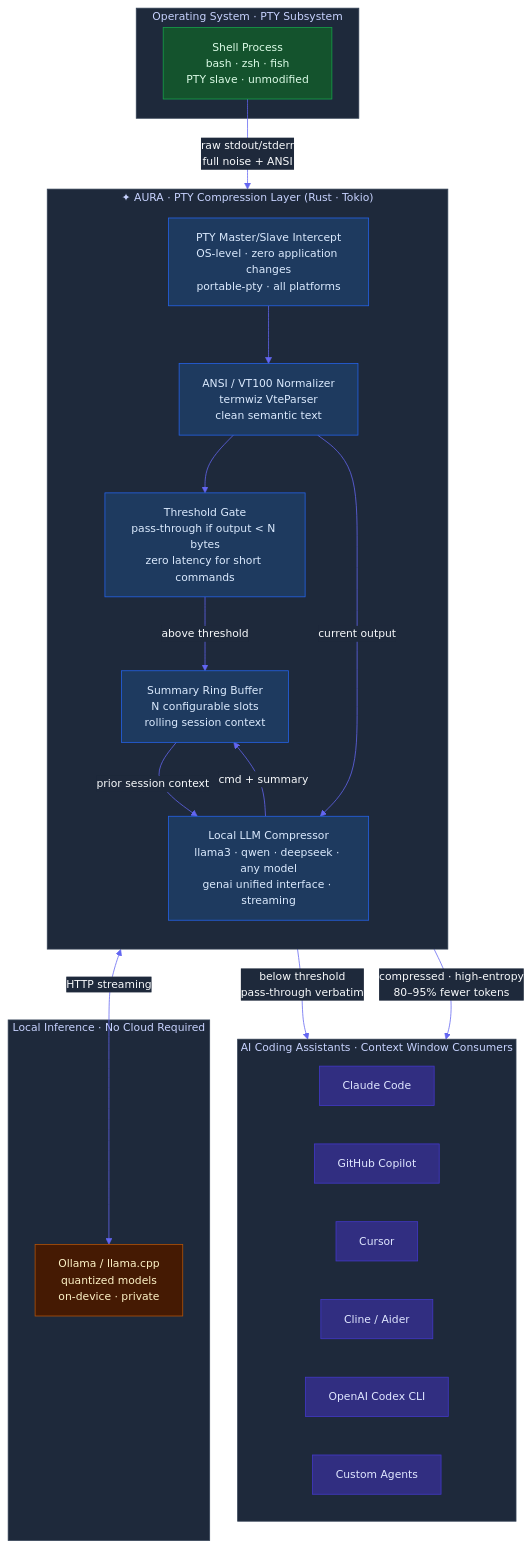
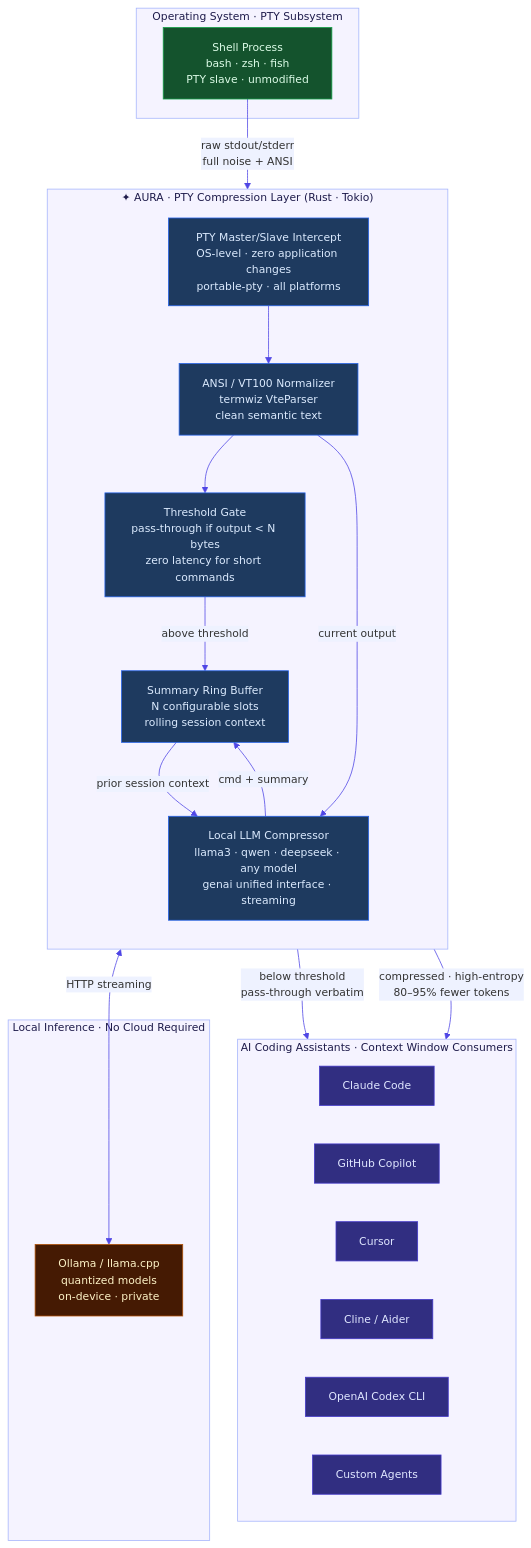
One commit to thimbleberrysystems/aura changed the first of 2 diagrams in README.md. Above: the diagram before and after it, drawn with Mermaid. The commit also changed other lines of this file, not shown here.

Commit message:
docs: lighter diagram theme, remove stale old README content

````diff
--- a/README.md
+++ b/README.md
@@ -43,51 +43,51 @@
 ```mermaid
-%%{init: {'theme': 'base', 'themeVariables': {'primaryColor': '#0F172A', 'primaryTextColor': '#F8FAFC', 'primaryBorderColor': '#334155', 'lineColor': '#6366F1', 'secondaryColor': '#1E293B', 'tertiaryColor': '#0F172A', 'clusterBkg': '#1E293B', 'clusterBorder': '#334155', 'titleColor': '#C7D2FE', 'edgeLabelBackground': '#1E293B', 'fontSize': '14px'}}}%%
+%%{init: {'theme': 'default', 'themeVariables': {'primaryColor': '#EEF2FF', 'primaryTextColor': '#1E1B4B', 'primaryBorderColor': '#6366F1', 'lineColor': '#4F46E5', 'secondaryColor': '#F5F3FF', 'tertiaryColor': '#FAFAFA', 'clusterBkg': '#F5F3FF', 'clusterBorder': '#A5B4FC', 'titleColor': '#1E1B4B', 'edgeLabelBackground': '#EEF2FF', 'fontSize': '14px'}}}%%
 flowchart TB
     subgraph CONSUMERS["AI Coding Assistants  ·  Context Window Consumers"]
         direction LR
         CLAUDE["Claude Code"]
         COPILOT["GitHub Copilot"]
         CURSOR["Cursor"]
         CLINE["Cline / Aider"]
         OPENAI["OpenAI Codex CLI"]
         CUSTOM["Custom Agents"]
     end
 
     subgraph AURA_LAYER["  ✦  AURA  ·  PTY Compression Layer  (Rust · Tokio)  "]
         direction TB
         PTY["PTY Master/Slave Intercept\nOS-level · zero application changes\nportable-pty · all platforms"]
         STRIP["ANSI / VT100 Normalizer\ntermwiz VteParser\nclean semantic text"]
         RING["Summary Ring Buffer\nN configurable slots\nrolling session context"]
         LLM_LOCAL["Local LLM Compressor\nllama3 · qwen · deepseek · any model\ngenai unified interface · streaming"]
         THRESH["Threshold Gate\npass-through if output < N bytes\nzero latency for short commands"]
     end
 
     subgraph OS["Operating System  ·  PTY Subsystem"]
         SHELL["Shell Process\nbash · zsh · fish\nPTY slave · unmodified"]
     end
 
     subgraph INFRA["Local Inference  ·  No Cloud Required"]
         OLLAMA["Ollama / llama.cpp\nquantized models\non-device · private"]
     end
 
     SHELL -->|raw stdout/stderr\nfull noise + ANSI| PTY
     PTY --> STRIP
     STRIP --> THRESH
     THRESH -->|below threshold\npass-through verbatim| CONSUMERS
     THRESH -->|above threshold| RING
     RING -->|prior session context| LLM_LOCAL
     STRIP -->|current output| LLM_LOCAL
     LLM_LOCAL <-->|HTTP streaming| OLLAMA
     LLM_LOCAL -->|compressed · high-entropy\n80–95% fewer tokens| CONSUMERS
     LLM_LOCAL -->|cmd + summary| RING
 
     classDef consumerCls fill:#312E81,stroke:#4338CA,color:#E0E7FF
     classDef auraCoreCls fill:#1E3A5F,stroke:#2563EB,color:#DBEAFE
     classDef shellCls fill:#14532D,stroke:#16A34A,color:#DCFCE7
     classDef infraCls fill:#451A03,stroke:#B45309,color:#FEF3C7
 
     class CLAUDE,COPILOT,CURSOR,CLINE,OPENAI,CUSTOM consumerCls
     class PTY,STRIP,RING,LLM_LOCAL,THRESH auraCoreCls
     class SHELL shellCls
     class OLLAMA infraCls
 ```
````
